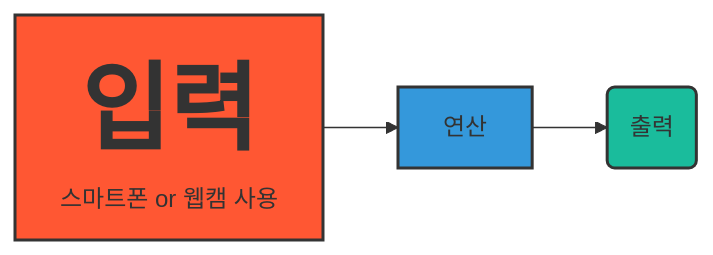
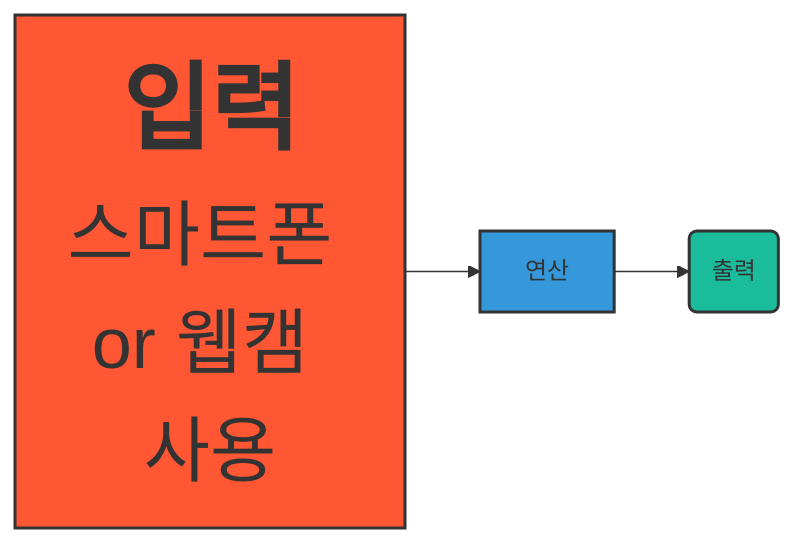
Before and after one commit to 201710808/-p: the diagram in Readme.md, drawn with Mermaid.

````diff
--- a/Readme.md
+++ b/Readme.md
@@ -3,10 +3,10 @@
 ```mermaid
 graph LR
-A[<b><span style='font-size:64px'>입력</span></b>\n스마트폰 or 웹캠 사용] --> B[연산]
+A[<b><span style='font-size:64px'>입력</span></b>\n<span style='font-size:48px'>스마트폰 or 웹캠 사용] --> B[연산]
 B --> C(출력)
 
 style A fill:#FF5733,stroke:#333,stroke-width:2px
 style B fill:#3498db,stroke:#333,stroke-width:2px
 style C fill:#1abc9c,stroke:#333,stroke-width:2px
 
 ```
````
